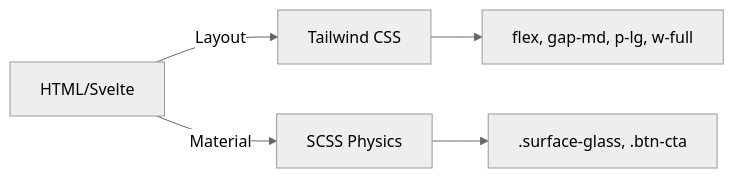
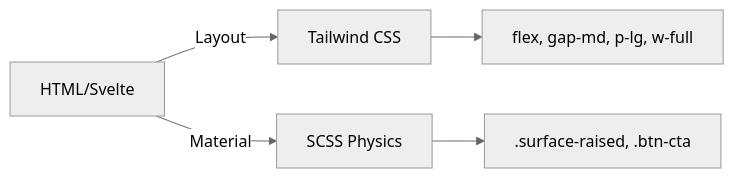
One commit to dimonb19/void-energy-ui changed the first of 2 diagrams in CHEAT-SHEET.md. Above: the diagram before and after it, drawn with Mermaid (neutral theme). The commit also changed other lines of this file and 54 other files, not shown here.

Commit message:
Rename surface API: glass-float/glass-sunk → surface-raised/surface-sunk

````diff
--- a/CHEAT-SHEET.md
+++ b/CHEAT-SHEET.md
@@ -43,7 +43,7 @@
 ```mermaid
 graph LR
     A[HTML/Svelte] -->|Layout| B[Tailwind CSS]
     A -->|Material| C[SCSS Physics]
     B --> D["flex, gap-md, p-lg, w-full"]
-    C --> E[".surface-glass, .btn-cta"]
+    C --> E[".surface-raised, .btn-cta"]
 ```
````
